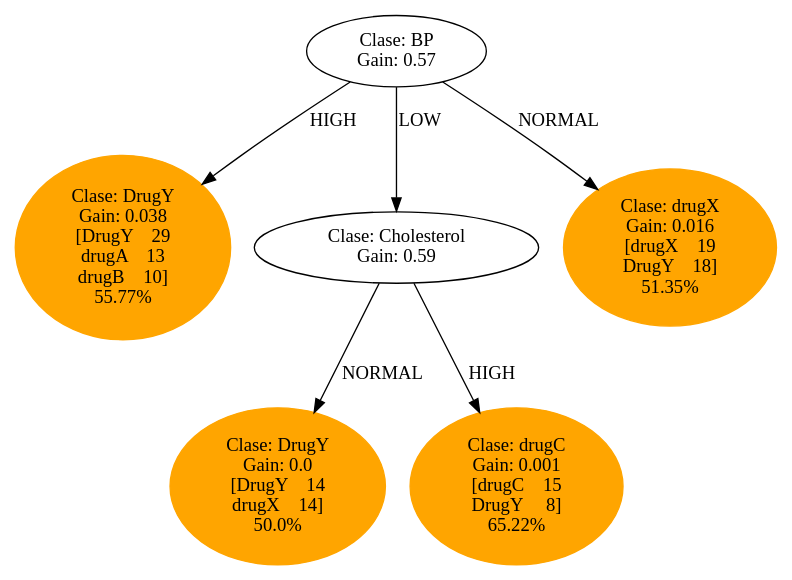
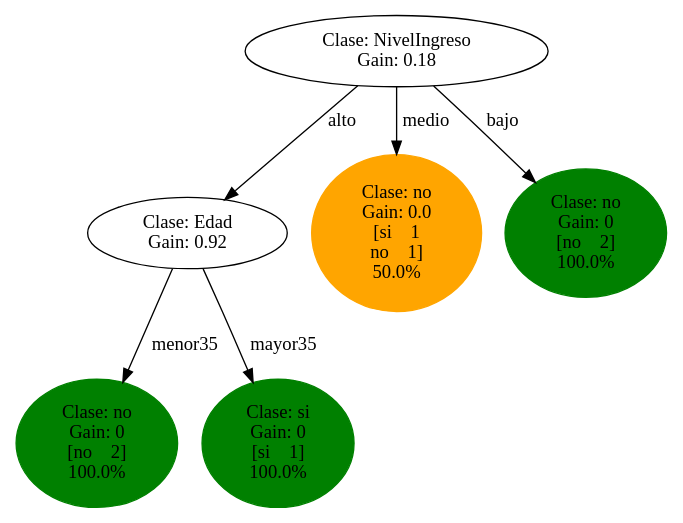
One commit to AlejandroFNadal/ia_decision_trees changed the diagram in test_output/gain.dot. Above: the diagram before and after it, drawn with Graphviz. The commit also changed 7 other files, not shown here.

```diff
--- a/test_output/gain.dot
+++ b/test_output/gain.dot
@@ -1,32 +1,28 @@
 digraph {
-	0 [label="Clase: BP 
- Gain: 0.57"]
-	1 [label="Clase: DrugY 
- Gain: 0.038 
- [DrugY    29
-drugA    13
-drugB    10] 
- 55.77%" color=orange style=filled]
-	0 -> 1 [label=HIGH splines=line]
-	2 [label="Clase: Cholesterol 
- Gain: 0.59"]
-	0 -> 2 [label=LOW splines=line]
-	3 [label="Clase: DrugY 
+	0 [label="Clase: NivelIngreso 
+ Gain: 0.18"]
+	1 [label="Clase: Edad 
+ Gain: 0.92"]
+	0 -> 1 [label=alto splines=line]
+	2 [label="Clase: no 
+ Gain: 0 
+ [no    2] 
+ 100.0%" color=green style=filled]
+	1 -> 2 [label=menor35 splines=line]
+	3 [label="Clase: si 
+ Gain: 0 
+ [si    1] 
+ 100.0%" color=green style=filled]
+	1 -> 3 [label=mayor35 splines=line]
+	4 [label="Clase: no 
  Gain: 0.0 
- [DrugY    14
-drugX    14] 
+ [si    1
+no    1] 
  50.0%" color=orange style=filled]
-	2 -> 3 [label=NORMAL splines=line]
-	4 [label="Clase: drugC 
- Gain: 0.001 
- [drugC    15
-DrugY     8] 
- 65.22%" color=orange style=filled]
-	2 -> 4 [label=HIGH splines=line]
-	5 [label="Clase: drugX 
- Gain: 0.016 
- [drugX    19
-DrugY    18] 
- 51.35%" color=orange style=filled]
-	0 -> 5 [label=NORMAL splines=line]
+	0 -> 4 [label=medio splines=line]
+	5 [label="Clase: no 
+ Gain: 0 
+ [no    2] 
+ 100.0%" color=green style=filled]
+	0 -> 5 [label=bajo splines=line]
 }
```
